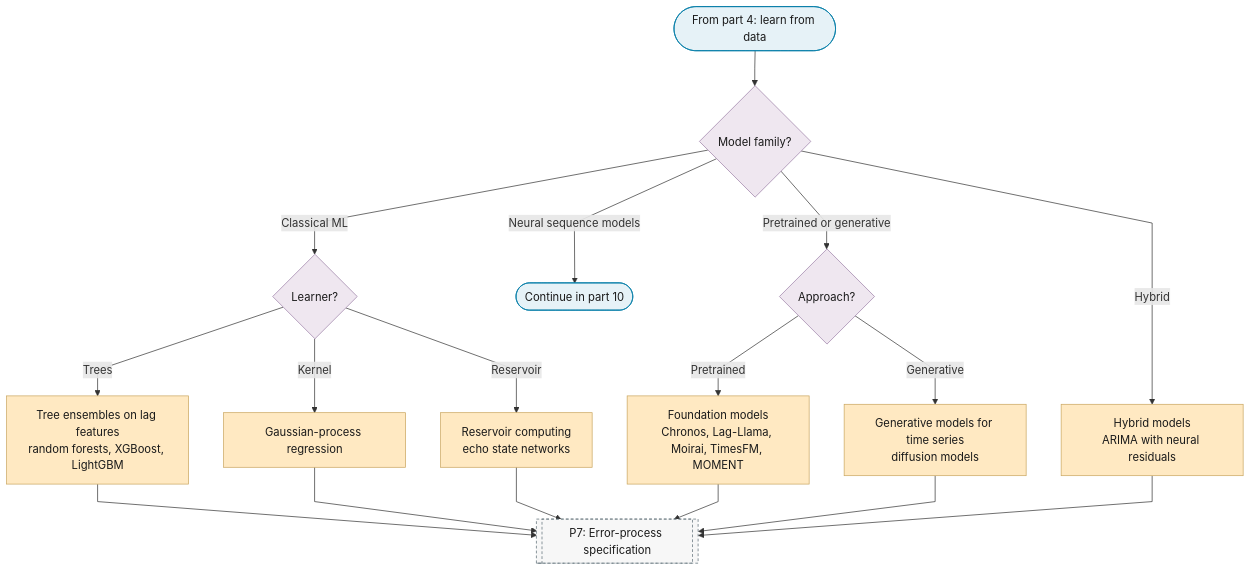
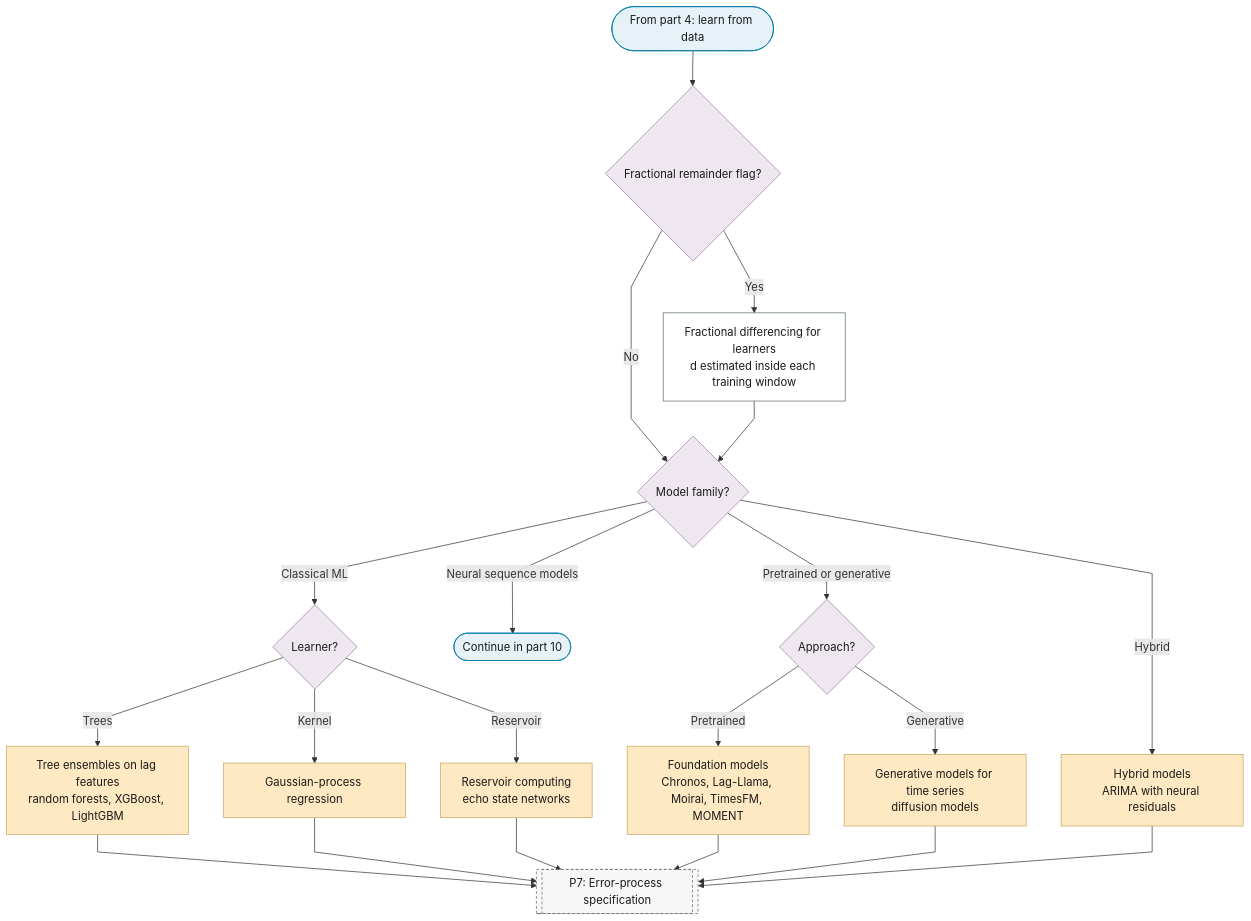
The ninth of 10 diagrams in docs/01-workflow/p06-mean-model-class.md (Shuxin-Y/time-series-analysis-manual), drawn with Mermaid before and after one commit. The commit also changed other lines of this file and 6 other files, not shown here.

````diff
--- a/docs/01-workflow/p06-mean-model-class.md
+++ b/docs/01-workflow/p06-mean-model-class.md
@@ -244,28 +244,32 @@
 ```mermaid
 %%{init: {"flowchart": {"curve": "linear"}}}%%
 graph TD
-    P6_PART_9_IN(["From part 4: learn from data"]) --> P6_ML_FAMILY{"Model family?"}
+    P6_PART_9_IN(["From part 4: learn from data"]) --> P6_FD_Q{"Fractional remainder flag?"}
+    P6_FD_Q -->|"Yes"| P6_FRACTIONAL_DIFFERENCE["Fractional differencing for learners<br/>d estimated inside each training window"]
+    P6_FD_Q -->|"No"| P6_ML_FAMILY
+    P6_FRACTIONAL_DIFFERENCE --> P6_ML_FAMILY{"Model family?"}
     P6_ML_FAMILY -->|"Classical ML"| P6_ML_CLASSICAL{"Learner?"}
     P6_ML_FAMILY -->|"Neural sequence models"| P6_TO_PART_10(["Continue in part 10"])
     P6_ML_FAMILY -->|"Pretrained or generative"| P6_ML_PRETRAINED{"Approach?"}
     P6_ML_FAMILY -->|"Hybrid"| P6_HYBRID["Hybrid models<br/>ARIMA with neural residuals"]
     P6_ML_CLASSICAL -->|"Trees"| P6_TREE_ENSEMBLES["Tree ensembles on lag features<br/>random forests, XGBoost, LightGBM"]
     P6_ML_CLASSICAL -->|"Kernel"| P6_GAUSSIAN_PROCESS["Gaussian-process regression"]
     P6_ML_CLASSICAL -->|"Reservoir"| P6_RESERVOIR["Reservoir computing<br/>echo state networks"]
     P6_ML_PRETRAINED -->|"Pretrained"| P6_FOUNDATION_MODELS["Foundation models<br/>Chronos, Lag-Llama, Moirai, TimesFM, MOMENT"]
     P6_ML_PRETRAINED -->|"Generative"| P6_GENERATIVE["Generative models for time series<br/>diffusion models"]
     P6_TREE_ENSEMBLES & P6_GAUSSIAN_PROCESS & P6_RESERVOIR --> P7
     P6_FOUNDATION_MODELS & P6_GENERATIVE & P6_HYBRID --> P7[["P7: Error-process specification"]]
     class P6_HYBRID,P6_TREE_ENSEMBLES,P6_GAUSSIAN_PROCESS,P6_RESERVOIR,P6_FOUNDATION_MODELS,P6_GENERATIVE escalate
     class P6_PART_9_IN,P6_TO_PART_10 terminator
-    class P6_ML_FAMILY,P6_ML_CLASSICAL,P6_ML_PRETRAINED decision
+    class P6_ML_FAMILY,P6_ML_CLASSICAL,P6_ML_PRETRAINED,P6_FD_Q decision
+    class P6_FRACTIONAL_DIFFERENCE process
     class P7 ref
     classDef terminator fill:#E6F2F7,stroke:#007BA7,color:#1A1A1A;
     classDef process fill:#FFFFFF,stroke:#5A6B73,color:#1A1A1A;
     classDef decision fill:#EFE7F0,stroke:#9B7FA7,color:#1A1A1A;
     classDef data fill:#FFF4E0,stroke:#C9A55E,color:#1A1A1A;
     classDef good fill:#DCEFD8,stroke:#4A7A3F,color:#1A1A1A;
     classDef escalate fill:#FFE9C2,stroke:#C9A55E,color:#1A1A1A;
     classDef problem fill:#F2D9DE,stroke:#800020,color:#1A1A1A;
     classDef ref fill:#F7F7F7,stroke:#5A6B73,color:#1A1A1A,stroke-dasharray:4 3;
 ```
````
